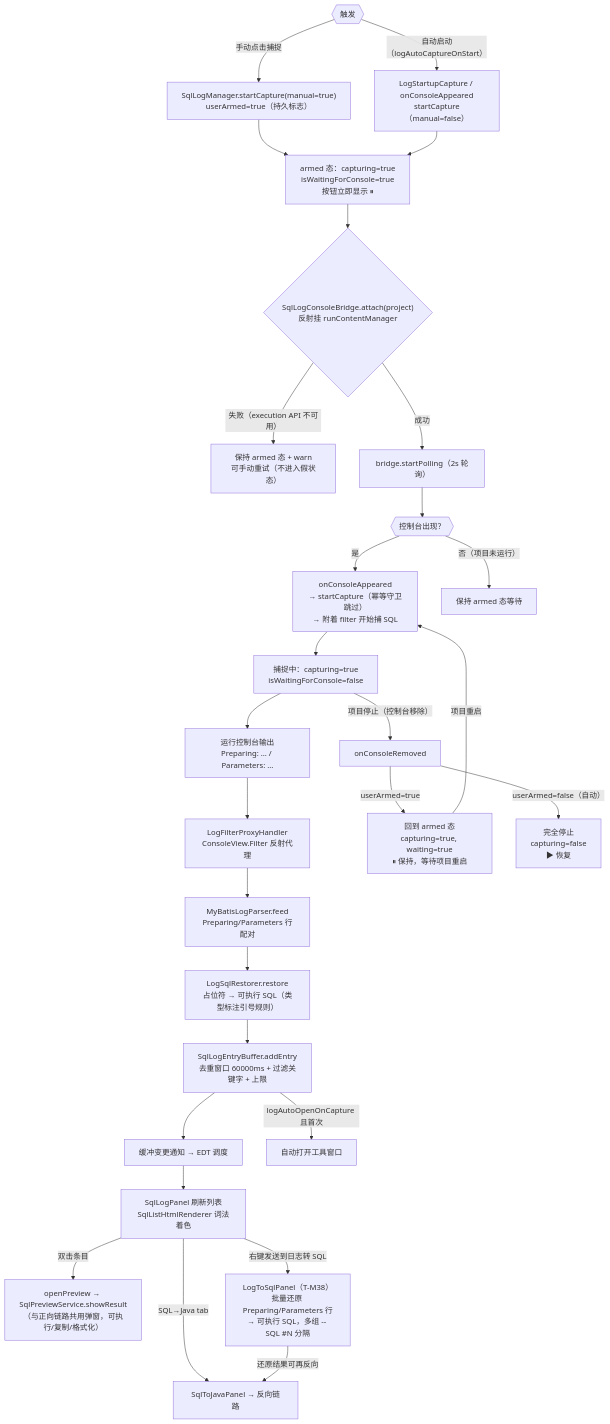
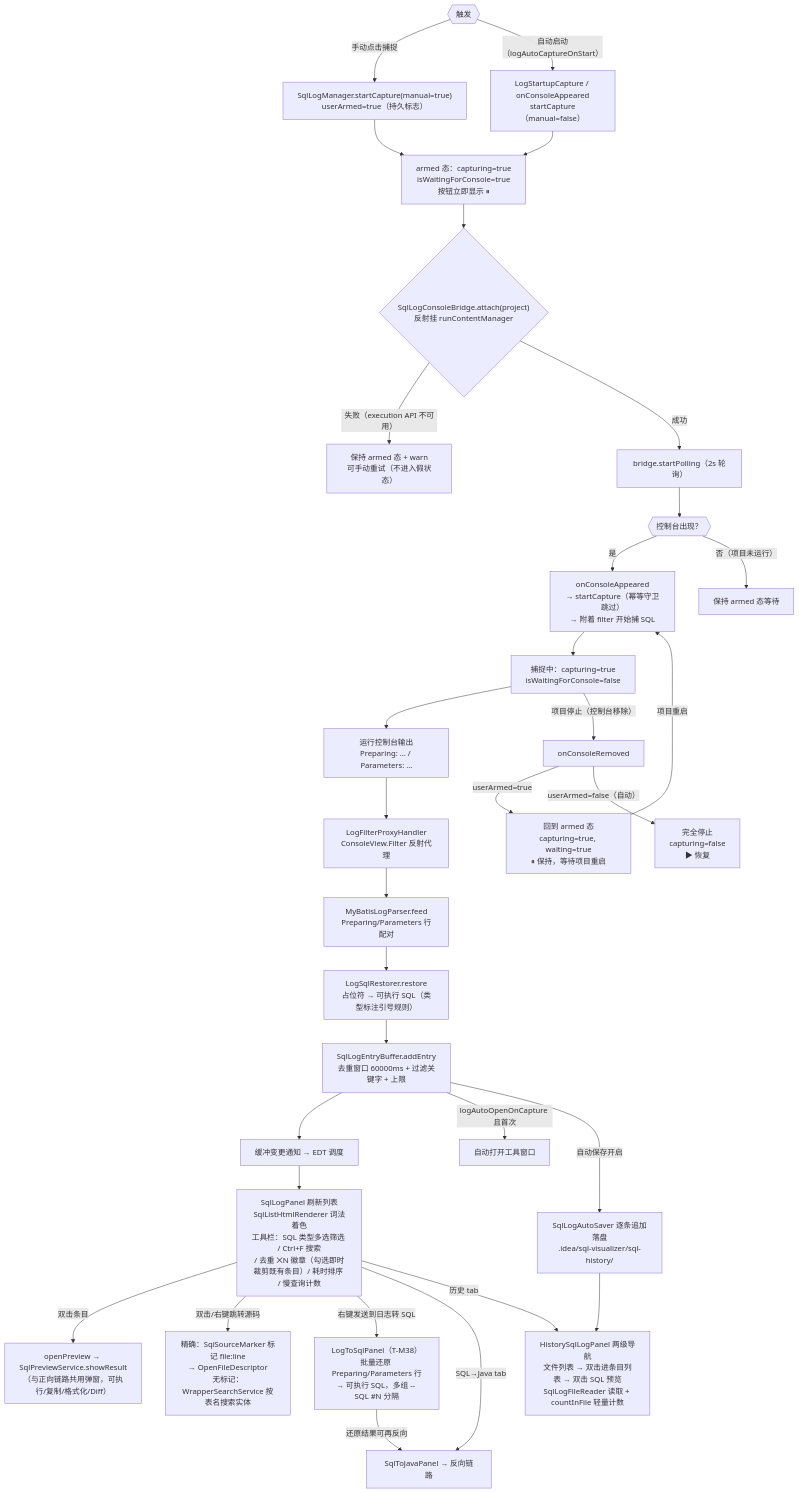
One commit to JayF211/mybatis-plus-sql-visualizer changed the ninth of 12 diagrams in docs/架构设计/02-核心流程详解.md. Above: the diagram before and after it, drawn with Mermaid. The commit also changed other lines of this file and 3 other files, not shown here.

Commit message:
docs: 架构设计三篇与 README 同步至当前代码基线——JPA/Hibernate 链路、M36 原生控制台执行、插件更名 SQL Visualizer、测试基线 232 类 2682 用例、更新双通道与帮助本地 HTML

````diff
--- a/docs/架构设计/02-核心流程详解.md
+++ b/docs/架构设计/02-核心流程详解.md
@@ -251,30 +299,34 @@
 ```mermaid
 flowchart TD
     START{{"触发"}} -->|"手动点击捕捉"| MAN["SqlLogManager.startCapture(manual=true)<br/>userArmed=true（持久标志）"]
     START{{"触发"}} -->|"自动启动（logAutoCaptureOnStart）"| AUTO["LogStartupCapture / onConsoleAppeared<br/>startCapture（manual=false）"]
     MAN --> ARM["armed 态：capturing=true<br/>isWaitingForConsole=true<br/>按钮立即显示 ⏸"]
     AUTO --> ARM
     ARM --> ATT{"SqlLogConsoleBridge.attach(project)<br/>反射挂 runContentManager"}
     ATT -->|"失败（execution API 不可用）"| FAIL["保持 armed 态 + warn<br/>可手动重试（不进入假状态）"]
     ATT -->|"成功"| POLL["bridge.startPolling（2s 轮询）"]
     POLL --> CONSOLE{{"控制台出现？"}}
     CONSOLE -->|"是"| APPEAR["onConsoleAppeared<br/>→ startCapture（幂等守卫跳过）<br/>→ 附着 filter 开始捕 SQL"]
     CONSOLE -->|"否（项目未运行）"| WAIT["保持 armed 态等待"]
     APPEAR --> CAP["捕捉中：capturing=true<br/>isWaitingForConsole=false"]
     CAP --> CON["运行控制台输出<br/>Preparing: … / Parameters: …"]
     CON --> FILTER["LogFilterProxyHandler<br/>ConsoleView.Filter 反射代理"]
     FILTER --> PARSE["MyBatisLogParser.feed<br/>Preparing/Parameters 行配对"]
     PARSE --> RESTORE["LogSqlRestorer.restore<br/>占位符 → 可执行 SQL（类型标注引号规则）"]
     RESTORE --> BUF["SqlLogEntryBuffer.addEntry<br/>去重窗口 60000ms + 过滤关键字 + 上限"]
     BUF --> UI["缓冲变更通知 → EDT 调度"]
-    UI --> PANEL["SqlLogPanel 刷新列表<br/>SqlListHtmlRenderer 词法着色"]
+    UI --> PANEL["SqlLogPanel 刷新列表<br/>SqlListHtmlRenderer 词法着色<br/>工具栏：SQL 类型多选筛选 / Ctrl+F 搜索<br/>/ 去重 ⨉N 徽章（勾选即时裁剪既有条目）/ 耗时排序 / 慢查询计数"]
     BUF -->|"logAutoOpenOnCapture 且首次"| OPEN["自动打开工具窗口"]
-    PANEL -->|"双击条目"| PREV["openPreview → SqlPreviewService.showResult<br/>（与正向链路共用弹窗，可执行/复制/格式化）"]
+    BUF -->|"自动保存开启"| DISK["SqlLogAutoSaver 逐条追加落盘<br/>.idea/sql-visualizer/sql-history/"]
+    PANEL -->|"双击条目"| PREV["openPreview → SqlPreviewService.showResult<br/>（与正向链路共用弹窗，可执行/复制/格式化/Diff）"]
+    PANEL -->|"双击/右键跳转源码"| JUMP["精确：SqlSourceMarker 标记 file:line<br/>→ OpenFileDescriptor<br/>无标记：WrapperSearchService 按表名搜索实体"]
     PANEL -->|"右键发送到日志转 SQL"| LTS["LogToSqlPanel（T-M38）<br/>批量还原 Preparing/Parameters 行<br/>→ 可执行 SQL，多组 -- SQL #N 分隔"]
     PANEL -->|"SQL→Java tab"| REV["SqlToJavaPanel → 反向链路"]
+    PANEL -->|"历史 tab"| HIST["HistorySqlLogPanel 两级导航<br/>文件列表 → 双击进条目列表 → 双击 SQL 预览<br/>SqlLogFileReader 读取 + countInFile 轻量计数"]
+    DISK --> HIST
     LTS -->|"还原结果可再反向"| REV
     CAP -->|"项目停止（控制台移除）"| REMOVED["onConsoleRemoved"]
     REMOVED -->|"userArmed=true"| BACK_TO_ARMED["回到 armed 态<br/>capturing=true, waiting=true<br/>⏸ 保持，等待项目重启"]
     REMOVED -->|"userArmed=false（自动）"| STOP["完全停止<br/>capturing=false<br/>▶ 恢复"]
     BACK_TO_ARMED -->|"项目重启"| APPEAR
 ```
````
